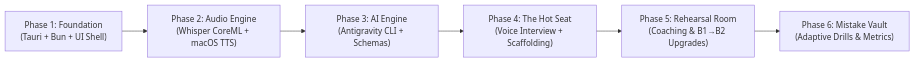
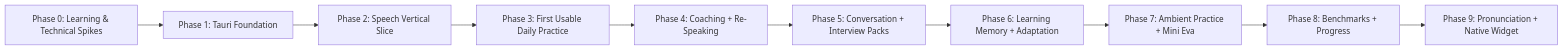
Before and after one commit to oleksii-latyshev/english-trainer: the diagram in docs/ROADMAP.md, drawn with Mermaid. The commit also changed other lines of this file and 4 other files, not shown here.

First line of the commit message:
docs: update development roadmap and technical requirements for English Trainer

````diff
--- a/docs/ROADMAP.md
+++ b/docs/ROADMAP.md
@@ -9,8 +19,12 @@
 ```mermaid
 flowchart LR
-    P1["Phase 1: Foundation<br/>(Tauri + Bun + UI Shell)"] --> P2["Phase 2: Audio Engine<br/>(Whisper CoreML + macOS TTS)"]
-    P2 --> P3["Phase 3: AI Engine<br/>(Antigravity CLI + Schemas)"]
-    P3 --> P4["Phase 4: The Hot Seat<br/>(Voice Interview + Scaffolding)"]
-    P4 --> P5["Phase 5: Rehearsal Room<br/>(Coaching & B1→B2 Upgrades)"]
-    P5 --> P6["Phase 6: Mistake Vault<br/>(Adaptive Drills & Metrics)"]
+    P0["Phase 0: Learning & Technical Spikes"] --> P1["Phase 1: Tauri Foundation"]
+    P1 --> P2["Phase 2: Speech Vertical Slice"]
+    P2 --> P3["Phase 3: First Usable Daily Practice"]
+    P3 --> P4["Phase 4: Coaching + Re-Speaking"]
+    P4 --> P5["Phase 5: Conversation + Interview Packs"]
+    P5 --> P6["Phase 6: Learning Memory + Adaptation"]
+    P6 --> P7["Phase 7: Ambient Practice + Mini Eva"]
+    P7 --> P8["Phase 8: Benchmarks + Progress"]
+    P8 --> P9["Phase 9: Pronunciation + Native Widget"]
 ```
````
